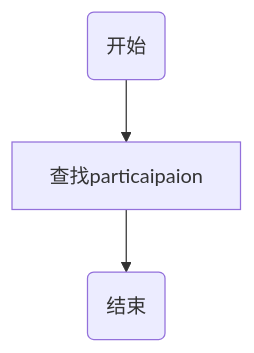
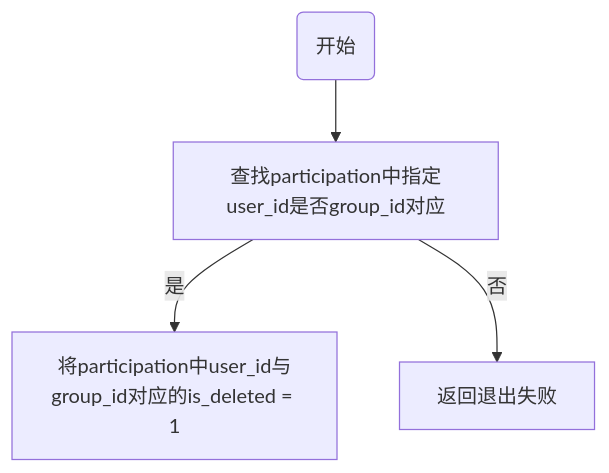
The ninth of 10 diagrams in doc/需求分析.md (Yhonbin/ShareCloud), drawn with Mermaid before and after one commit. The commit also changed other lines of this file and 5 other files, not shown here.

````diff
--- a/doc/需求分析.md
+++ b/doc/需求分析.md
@@ -431,4 +434,6 @@
     ```mermaid
     graph TD
-    S("开始")-->A["查找particaipaion"]-->E("结束")
+    S("开始")-->A["查找participation中指定user_id是否group_id对应"]
+    A--是-->B["将participation中user_id与group_id对应的is_deleted = 1"]
+    A--否-->C["返回退出失败"]
     ```
````
